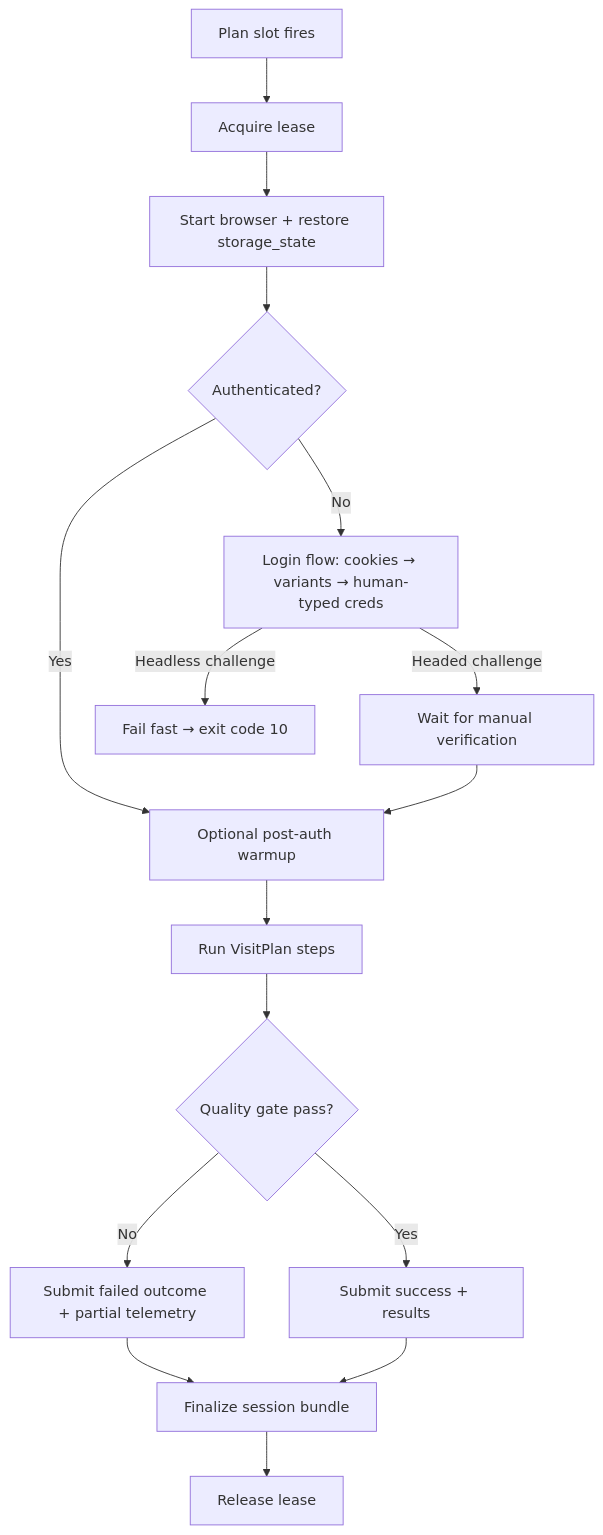
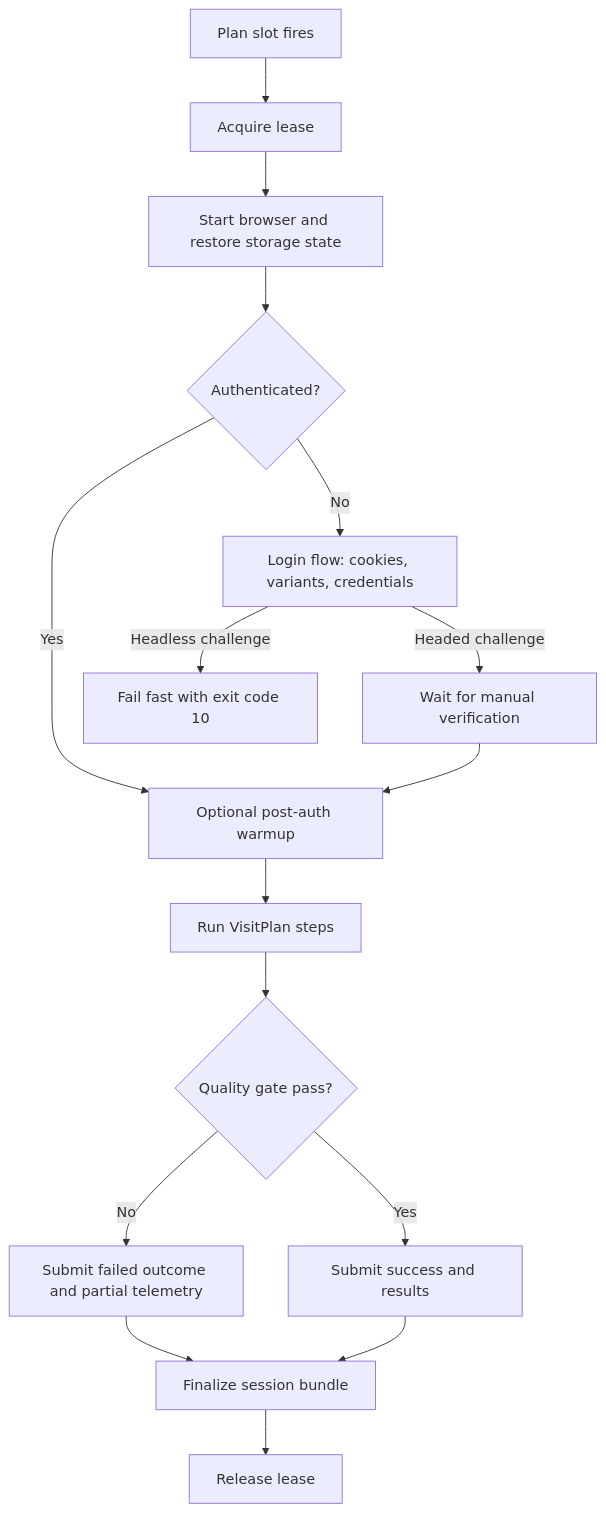
One commit to amendez13/gentle-site-visitor changed the first of 2 diagrams in docs/ARCHITECTURE.md. Above: the diagram before and after it, drawn with Mermaid. The commit also changed other lines of this file, not shown here.

Commit message:
docs: fix architecture Mermaid diagrams

````diff
--- a/docs/ARCHITECTURE.md
+++ b/docs/ARCHITECTURE.md
@@ -109,18 +109,18 @@
 ```mermaid
 flowchart TD
-    A[Plan slot fires] --> B[Acquire lease]
-    B --> C[Start browser + restore storage_state]
+    A["Plan slot fires"] --> B["Acquire lease"]
+    B --> C["Start browser and restore storage state"]
     C --> D{Authenticated?}
-    D -->|No| E[Login flow: cookies → variants → human-typed creds]
-    D -->|Yes| F[Optional post-auth warmup]
-    E -->|Headed challenge| E1[Wait for manual verification]
-    E -->|Headless challenge| E2[Fail fast → exit code 10]
+    D -->|"No"| E["Login flow: cookies, variants, credentials"]
+    D -->|"Yes"| F["Optional post-auth warmup"]
+    E -->|"Headed challenge"| E1["Wait for manual verification"]
+    E -->|"Headless challenge"| E2["Fail fast with exit code 10"]
     E1 --> F
-    F --> G[Run VisitPlan steps]
+    F --> G["Run VisitPlan steps"]
     G --> H{Quality gate pass?}
-    H -->|No| I[Submit failed outcome + partial telemetry]
-    H -->|Yes| J[Submit success + results]
-    I --> K[Finalize session bundle]
+    H -->|"No"| I["Submit failed outcome and partial telemetry"]
+    H -->|"Yes"| J["Submit success and results"]
+    I --> K["Finalize session bundle"]
     J --> K
-    K --> L[Release lease]
+    K --> L["Release lease"]
 ```
````
